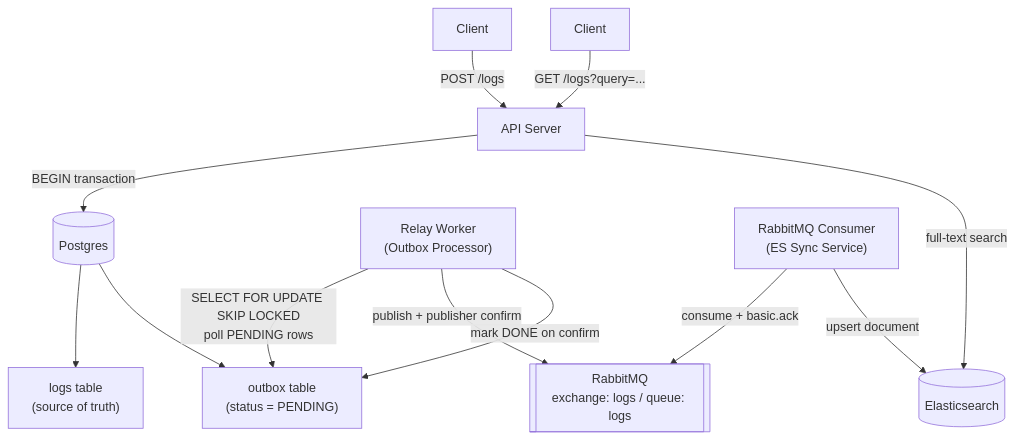
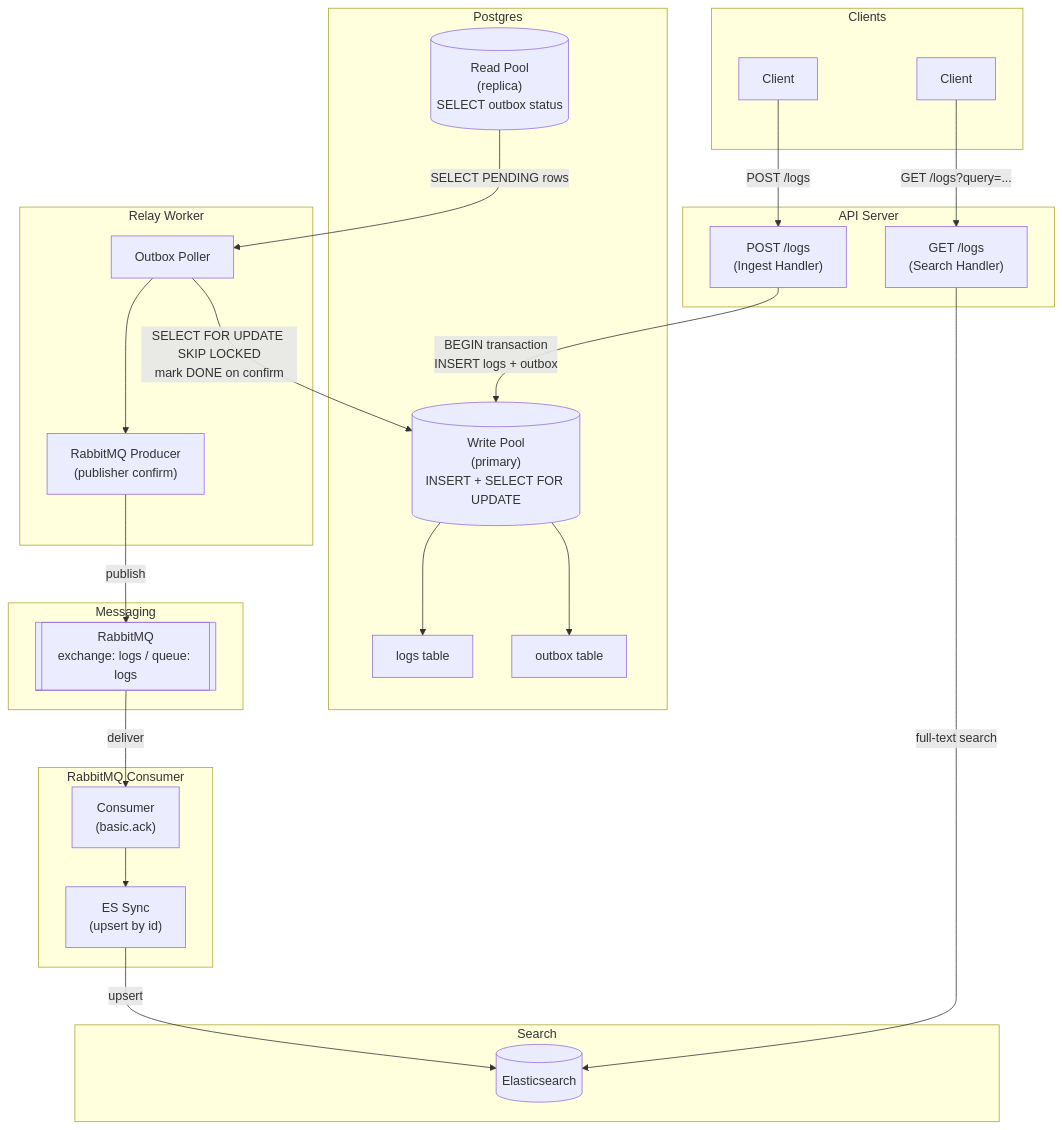
Before and after one commit to TheTangentLine/Learn_logging_system: the diagram in README.md, drawn with Mermaid.

Commit message:
change to flow diagram

````diff
--- a/README.md
+++ b/README.md
@@ -9,17 +9,54 @@
 ```mermaid
 flowchart TD
-    Client -->|"POST /logs"| APIServer["API Server"]
-    APIServer -->|"BEGIN transaction"| Postgres[("Postgres")]
-    Postgres --> logsTable["logs table\n(source of truth)"]
-    Postgres --> outboxTable["outbox table\n(status = PENDING)"]
+    subgraph clients [Clients]
+        WriteClient["Client"]
+        ReadClient["Client"]
+    end
 
-    RelayWorker["Relay Worker\n(Outbox Processor)"] -->|"SELECT FOR UPDATE SKIP LOCKED\npoll PENDING rows"| outboxTable
-    RelayWorker -->|"publish + publisher confirm"| RabbitMQ[["RabbitMQ\nexchange: logs / queue: logs"]]
-    RelayWorker -->|"mark DONE on confirm"| outboxTable
+    subgraph apiServer [API Server]
+        IngestHandler["POST /logs\n(Ingest Handler)"]
+        SearchHandler["GET /logs\n(Search Handler)"]
+    end
 
-    RMQConsumer["RabbitMQ Consumer\n(ES Sync Service)"] -->|"consume + basic.ack"| RabbitMQ
-    RMQConsumer -->|"upsert document"| Elasticsearch[("Elasticsearch")]
+    subgraph postgres [Postgres]
+        WritePool[("Write Pool\n(primary)\nINSERT + SELECT FOR UPDATE")]
+        ReadPool[("Read Pool\n(replica)\nSELECT outbox status")]
+        logsTable["logs table"]
+        outboxTable["outbox table"]
+        WritePool --> logsTable
+        WritePool --> outboxTable
+    end
 
-    Client2["Client"] -->|"GET /logs?query=..."| APIServer
-    APIServer -->|"full-text search"| Elasticsearch
+    subgraph messaging [Messaging]
+        RabbitMQ[["RabbitMQ\nexchange: logs / queue: logs"]]
+    end
+
+    subgraph search [Search]
+        Elasticsearch[("Elasticsearch")]
+    end
+
+    subgraph relayWorker [Relay Worker]
+        Poller["Outbox Poller"]
+        Producer["RabbitMQ Producer\n(publisher confirm)"]
+        Poller --> Producer
+    end
+
+    subgraph rmqConsumer [RabbitMQ Consumer]
+        Consumer["Consumer\n(basic.ack)"]
+        ESSync["ES Sync\n(upsert by id)"]
+        Consumer --> ESSync
+    end
+
+    WriteClient -->|"POST /logs"| IngestHandler
+    IngestHandler -->|"BEGIN transaction\nINSERT logs + outbox"| WritePool
+
+    ReadPool -->|"SELECT PENDING rows"| Poller
+    Poller -->|"SELECT FOR UPDATE SKIP LOCKED\nmark DONE on confirm"| WritePool
+    Producer -->|"publish"| RabbitMQ
+
+    RabbitMQ -->|"deliver"| Consumer
+    ESSync -->|"upsert"| Elasticsearch
+
+    ReadClient -->|"GET /logs?query=..."| SearchHandler
+    SearchHandler -->|"full-text search"| Elasticsearch
 ```
````
